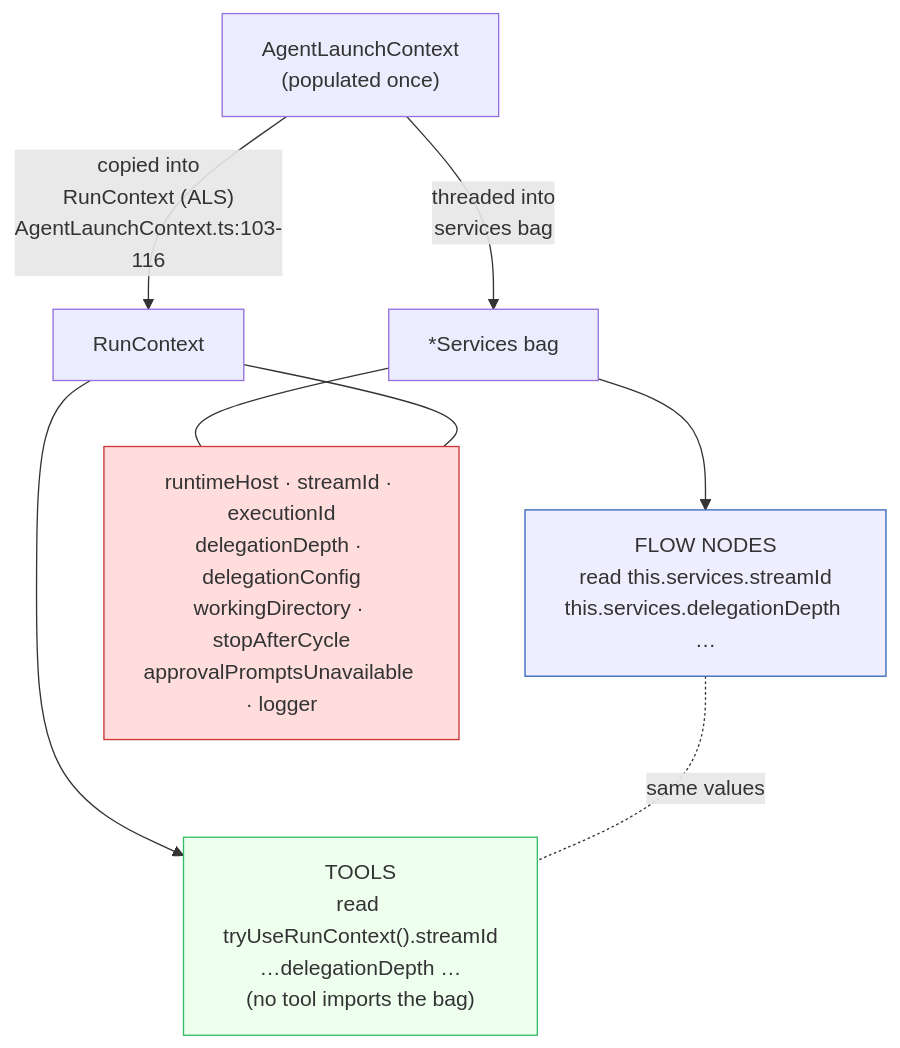
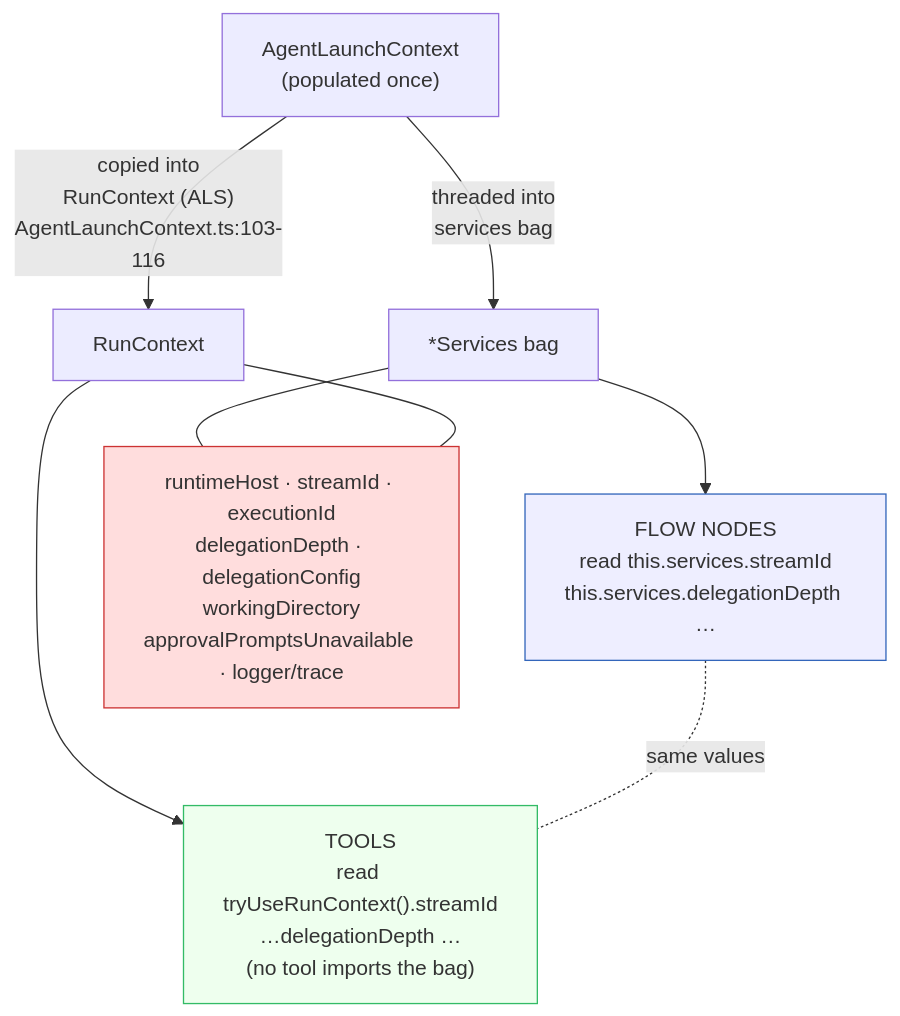
The sixth of 7 diagrams in docs/proposals/dependency-injection-cleanup.md (LionSR/TeXRA), drawn with Mermaid before and after one commit. The commit also changed other lines of this file, not shown here.

````diff
--- a/docs/proposals/dependency-injection-cleanup.md
+++ b/docs/proposals/dependency-injection-cleanup.md
@@ -247,20 +247,20 @@
 ```mermaid
 flowchart TB
     LC["AgentLaunchContext\n(populated once)"]
 
     LC -->|"threaded into\nservices bag"| BAG["*Services bag"]
     LC -->|"copied into\nRunContext (ALS)\nAgentLaunchContext.ts:103-116"| RC["RunContext"]
 
     BAG --> FN["FLOW NODES\nread this.services.streamId\nthis.services.delegationDepth …"]
     RC --> TL["TOOLS\nread tryUseRunContext().streamId\n…delegationDepth …\n(no tool imports the bag)"]
 
     FN -. "same values" .- TL
 
-    DUP["runtimeHost · streamId · executionId\ndelegationDepth · delegationConfig\nworkingDirectory · stopAfterCycle\napprovalPromptsUnavailable · logger"]
+    DUP["runtimeHost · streamId · executionId\ndelegationDepth · delegationConfig\nworkingDirectory\napprovalPromptsUnavailable · logger/trace"]
     BAG --- DUP
     RC --- DUP
 
     style DUP fill:#fdd,stroke:#c33
     style FN fill:#eef,stroke:#36b
     style TL fill:#efe,stroke:#3b6
 ```
````
